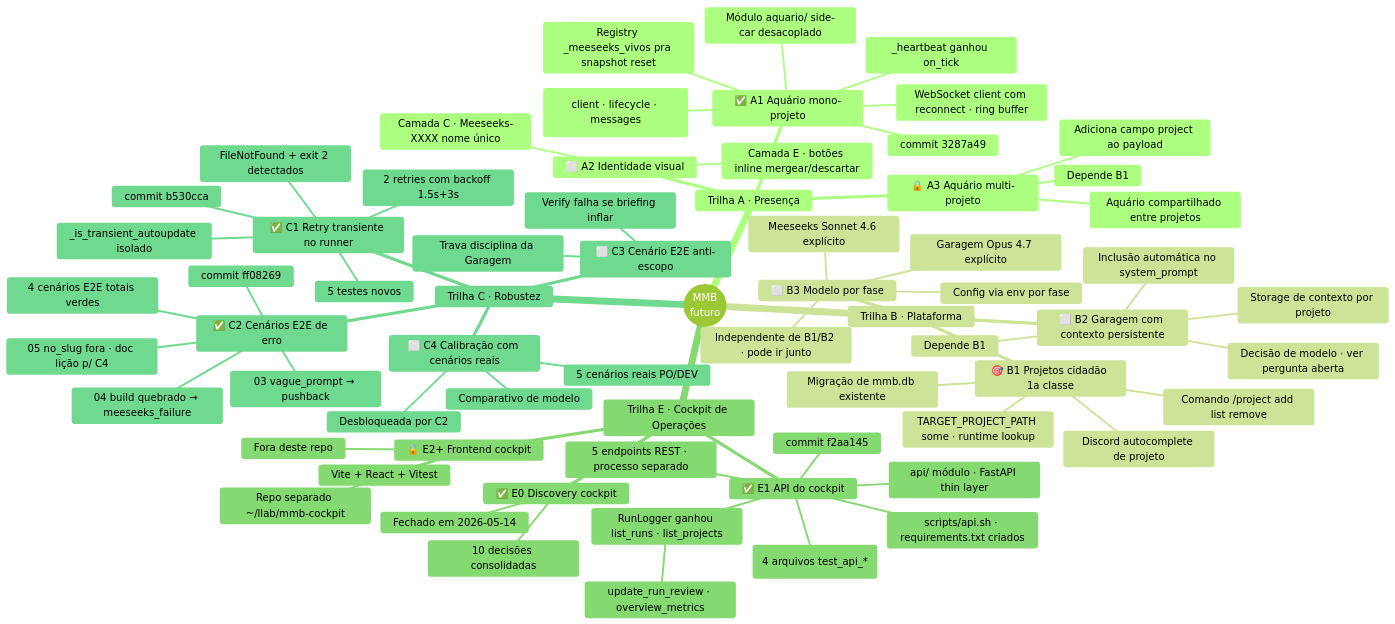
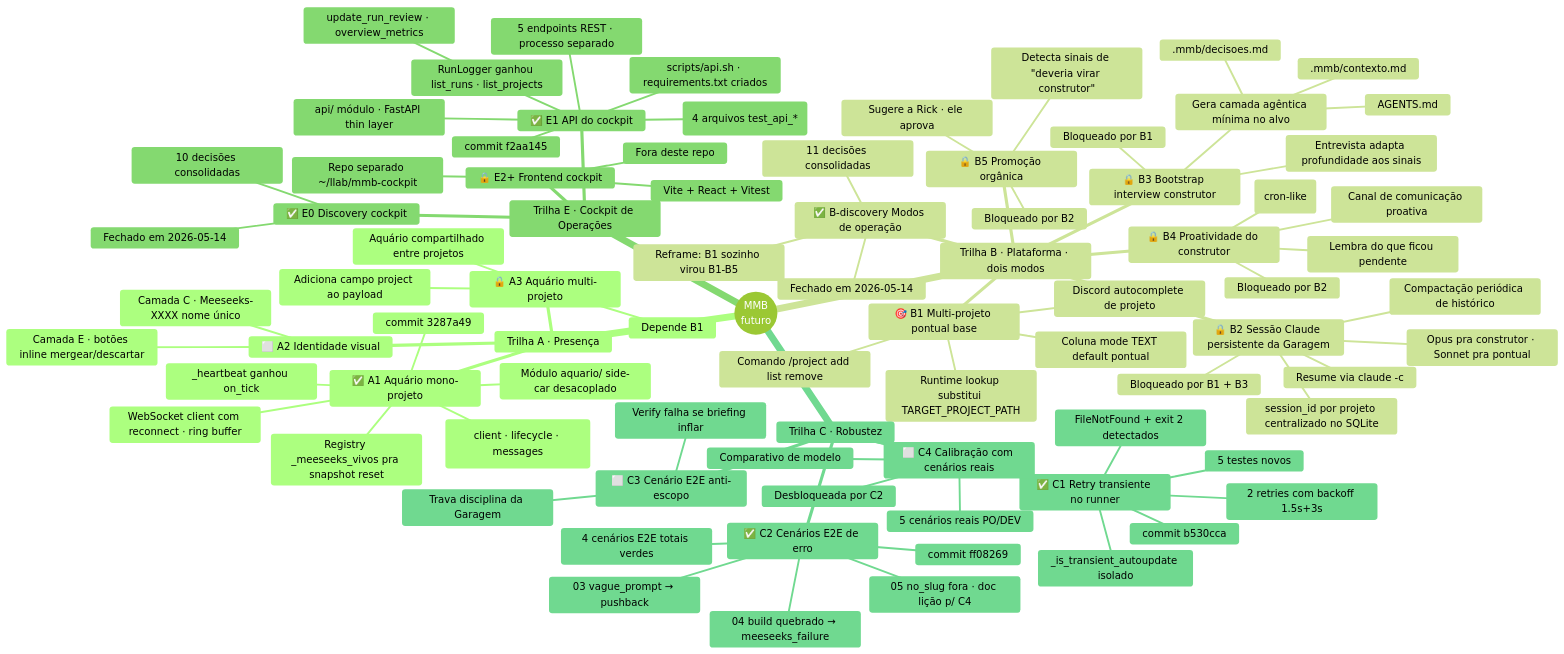
One commit to x-force-42/mmb-core changed the third of 4 diagrams in docs/arvore.md. Above: the diagram before and after it, drawn with Mermaid (forest theme). The commit also changed other lines of this file and 4 other files, not shown here.

```diff
--- a/docs/arvore.md
+++ b/docs/arvore.md
@@ -151,22 +151,38 @@
         Depende B1
         Adiciona campo project ao payload
         Aquário compartilhado entre projetos
-    Trilha B · Plataforma
-      🎯 B1 Projetos cidadão 1a classe
+    Trilha B · Plataforma · dois modos
+      ✅ B-discovery Modos de operação
+        Fechado em 2026-05-14
+        11 decisões consolidadas
+        Reframe: B1 sozinho virou B1-B5
+      🎯 B1 Multi-projeto pontual base
         Comando /project add list remove
+        Coluna mode TEXT default pontual
         Discord autocomplete de projeto
-        TARGET_PROJECT_PATH some · runtime lookup
-        Migração de mmb.db existente
-      ⬜ B2 Garagem com contexto persistente
-        Decisão de modelo · ver pergunta aberta
-        Storage de contexto por projeto
-        Inclusão automática no system_prompt
-        Depende B1
-      ⬜ B3 Modelo por fase
-        Garagem Opus 4.7 explícito
-        Meeseeks Sonnet 4.6 explícito
-        Config via env por fase
-        Independente de B1/B2 · pode ir junto
+        Runtime lookup substitui TARGET_PROJECT_PATH
+      🔒 B3 Bootstrap interview construtor
+        Gera camada agêntica mínima no alvo
+          AGENTS.md
+          .mmb/contexto.md
+          .mmb/decisoes.md
+        Entrevista adapta profundidade aos sinais
+        Bloqueado por B1
+      🔒 B2 Sessão Claude persistente da Garagem
+        session_id por projeto centralizado no SQLite
+        Resume via claude -c
+        Compactação periódica de histórico
+        Opus pra construtor · Sonnet pra pontual
+        Bloqueado por B1 + B3
+      🔒 B5 Promoção orgânica
+        Detecta sinais de "deveria virar construtor"
+        Sugere a Rick · ele aprova
+        Bloqueado por B2
+      🔒 B4 Proatividade do construtor
+        Scheduler (cron-like)
+        Canal de comunicação proativa
+        Lembra do que ficou pendente
+        Bloqueado por B2
     Trilha E · Cockpit de Operações
       ✅ E0 Discovery cockpit
         Fechado em 2026-05-14
```
